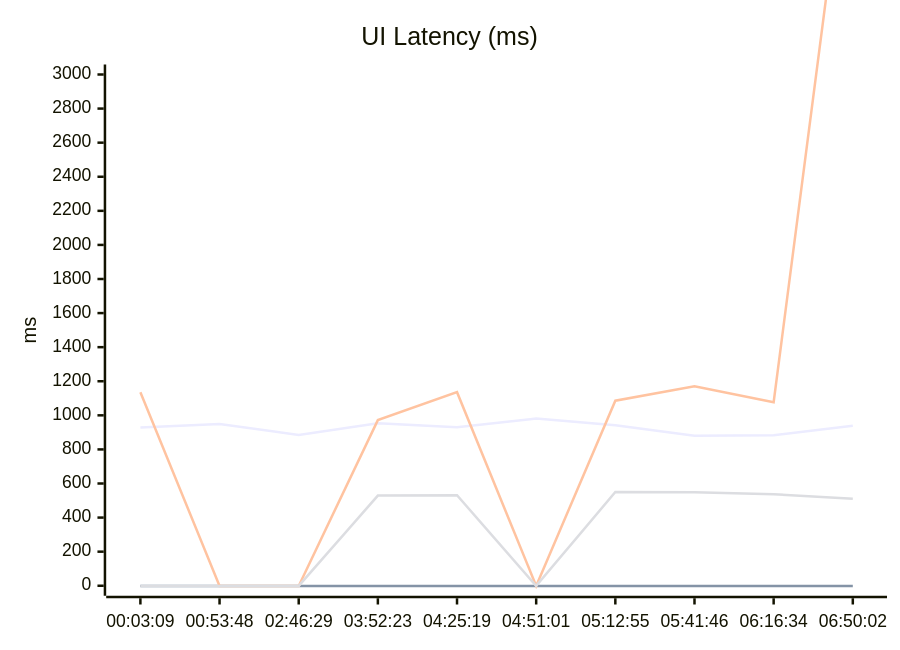
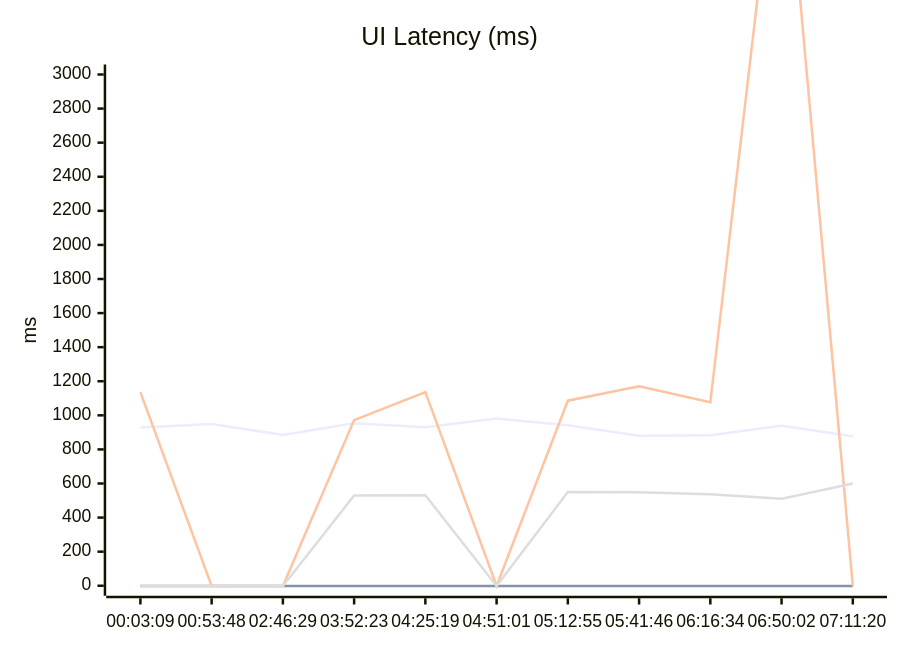
Before and after one commit to greenwave1987/clash_test: the diagram in README.md, drawn with Mermaid. The commit also changed other lines of this file and 1 other file, not shown here.

Commit message:
chore: update UI latency history

````diff
--- a/README.md
+++ b/README.md
@@ -16,10 +16,10 @@
 ```mermaid
 xychart-beta
   title "UI Latency (ms)"
-  x-axis ["00:03:09", "00:53:48", "02:46:29", "03:52:23", "04:25:19", "04:51:01", "05:12:55", "05:41:46", "06:16:34", "06:50:02"]
+  x-axis ["00:03:09", "00:53:48", "02:46:29", "03:52:23", "04:25:19", "04:51:01", "05:12:55", "05:41:46", "06:16:34", "06:50:02", "07:11:20"]
   y-axis "ms" 0 --> 3000
-  line "http://jz.***.uy" [928, 949, 885, 953, 930, 981, 942, 880, 883, 939]
-  line "http://jz.***.io" [-1, -1, -1, -1, -1, -1, -1, -1, -1, -1]
-  line "http://greenwave1987.***.in" [1136, -1, -1, 972, 1136, -1, 1086, 1171, 1077, 4657]
-  line "http://jz.***.xyz" [-1, -1, -1, 529, 531, -1, 550, 549, 537, 510]
+  line "http://jz.***.uy" [928, 949, 885, 953, 930, 981, 942, 880, 883, 939, 877]
+  line "http://jz.***.io" [-1, -1, -1, -1, -1, -1, -1, -1, -1, -1, -1]
+  line "http://greenwave1987.***.in" [1136, -1, -1, 972, 1136, -1, 1086, 1171, 1077, 4657, -1]
+  line "http://jz.***.xyz" [-1, -1, -1, 529, 531, -1, 550, 549, 537, 510, 600]
 ```
````
